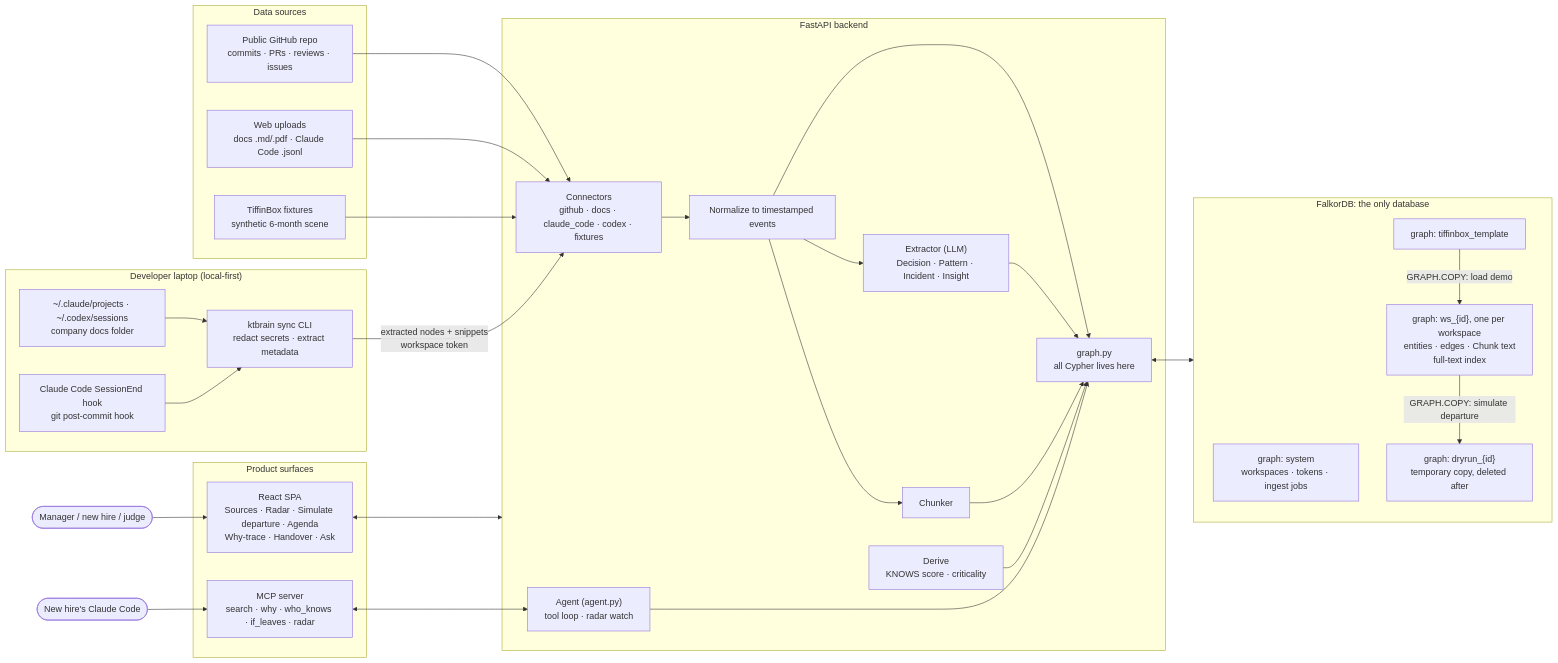
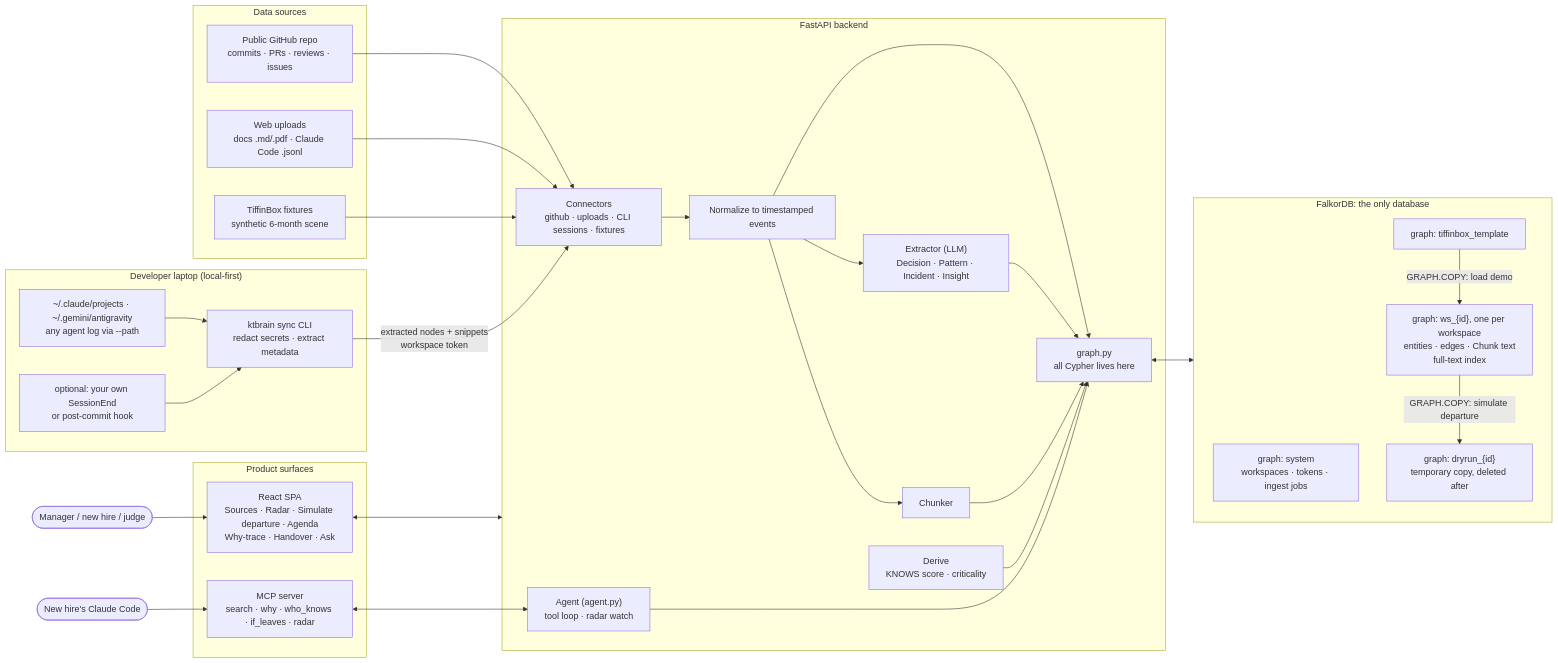
One commit to MShreyash09/KT-Brain changed the first of 2 diagrams in README.md. Above: the diagram before and after it, drawn with Mermaid. The commit also changed other lines of this file and 5 other files, not shown here.

Commit message:
upload any agent session logs

````diff
--- a/README.md
+++ b/README.md
@@ -94,56 +94,56 @@
 ```mermaid
 flowchart LR
   subgraph SRC["Data sources"]
     GH["Public GitHub repo<br/>commits · PRs · reviews · issues"]
     UP["Web uploads<br/>docs .md/.pdf · Claude Code .jsonl"]
     FX["TiffinBox fixtures<br/>synthetic 6-month scene"]
   end
 
   subgraph LAPTOP["Developer laptop (local-first)"]
-    LOGS["~/.claude/projects · ~/.codex/sessions<br/>company docs folder"]
-    HOOK["Claude Code SessionEnd hook<br/>git post-commit hook"]
+    LOGS["~/.claude/projects · ~/.gemini/antigravity<br/>any agent log via --path"]
+    HOOK["optional: your own SessionEnd<br/>or post-commit hook"]
     CLI["ktbrain sync CLI<br/>redact secrets · extract metadata"]
     LOGS --> CLI
     HOOK --> CLI
   end
 
   subgraph API["FastAPI backend"]
-    ING["Connectors<br/>github · docs · claude_code · codex · fixtures"]
+    ING["Connectors<br/>github · uploads · CLI sessions · fixtures"]
     NORM["Normalize to timestamped events"]
     EXT["Extractor (LLM)<br/>Decision · Pattern · Incident · Insight"]
     CHK["Chunker"]
     DER["Derive<br/>KNOWS score · criticality"]
     Q["graph.py<br/>all Cypher lives here"]
     ING --> NORM
     NORM --> Q
     NORM --> EXT --> Q
     NORM --> CHK --> Q
     DER --> Q
     AG["Agent (agent.py)<br/>tool loop · radar watch"]
     AG --> Q
   end
 
   subgraph DB["FalkorDB: the only database"]
     SYS["graph: system<br/>workspaces · tokens · ingest jobs"]
     TPL["graph: tiffinbox_template"]
     WS["graph: ws_{id}, one per workspace<br/>entities · edges · Chunk text<br/>full-text index"]
     DRY["graph: dryrun_{id}<br/>temporary copy, deleted after"]
     TPL -- "GRAPH.COPY: load demo" --> WS
     WS -- "GRAPH.COPY: simulate departure" --> DRY
   end
 
   subgraph APP["Product surfaces"]
     UI["React SPA<br/>Sources · Radar · Simulate departure · Agenda<br/>Why-trace · Handover · Ask"]
     MCP["MCP server<br/>search · why · who_knows · if_leaves · radar"]
   end
 
   GH --> ING
   UP --> ING
   FX --> ING
   CLI -- "extracted nodes + snippets<br/>workspace token" --> ING
   Q <--> DB
   UI <--> API
   MCP <--> AG
   USER(["Manager / new hire / judge"]) --> UI
   AGENT(["New hire's Claude Code"]) --> MCP
 ```
````
